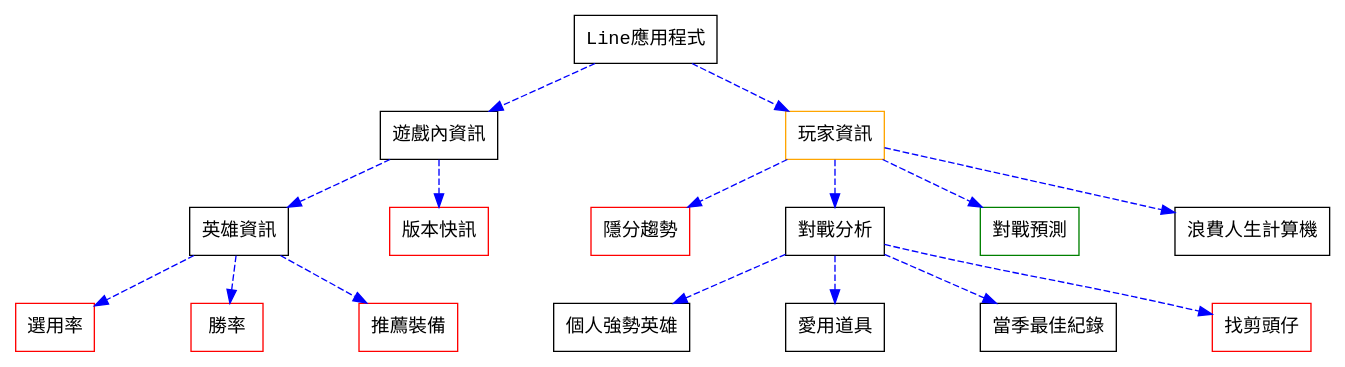
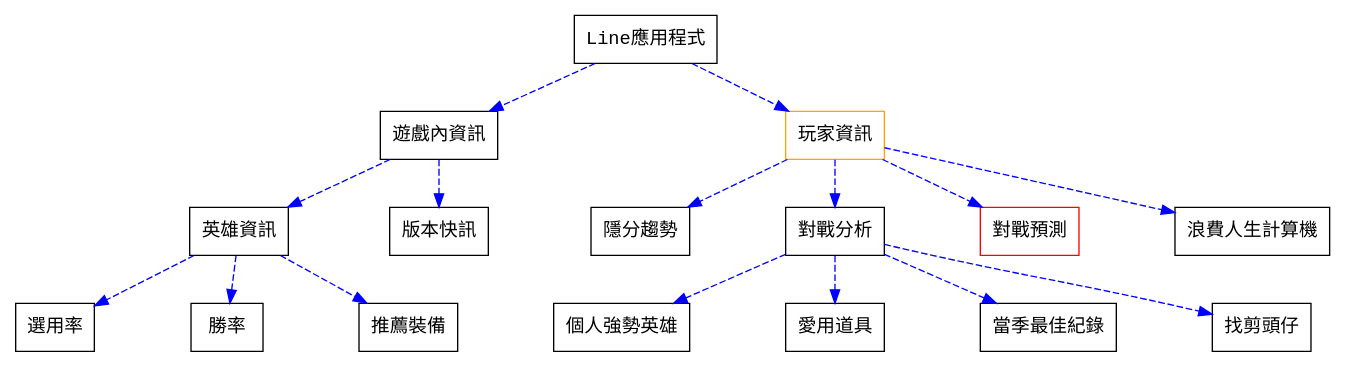
One commit to alan890104/ARAM-statistics changed the diagram in README.md. Above: the diagram before and after it, drawn with Graphviz. The commit also changed other lines of this file, not shown here.

````diff
--- a/README.md
+++ b/README.md
@@ -30,16 +28,16 @@
 ```graphviz
 digraph hierarchy {
 
 		nodesep=1.0 // increases the separation between nodes
 		
 		node [color=Black,fontname=Courier,shape=box] //All nodes will this shape and colour
 		edge [color=Blue, style=dashed] //All the lines look like this
 
 		Line應用程式->{遊戲內資訊  玩家資訊[color="orange"] }
 		遊戲內資訊->{英雄資訊 版本快訊}
 		玩家資訊->{隱分趨勢 對戰分析 對戰預測 浪費人生計算機}
-        英雄資訊->{選用率[color="red"] 勝率[color="red"] 推薦裝備[color="red"]}
-        對戰分析->{個人強勢英雄 愛用道具 當季最佳紀錄 找剪頭仔[color="red"]}
-		{rank=same;英雄資訊 版本快訊[color="red"] 隱分趨勢[color="red"] 對戰分析 對戰預測[color="green"]}  // Put them on the same level
+        英雄資訊->{選用率[color="black"] 勝率[color="black"] 推薦裝備[color="black"]}
+        對戰分析->{個人強勢英雄 愛用道具 當季最佳紀錄 找剪頭仔[color="black"]}
+		{rank=same;英雄資訊 版本快訊[color="black"] 隱分趨勢[color="black"] 對戰分析 對戰預測[color="red"]}  // Put them on the same level
 }
 ```
````
